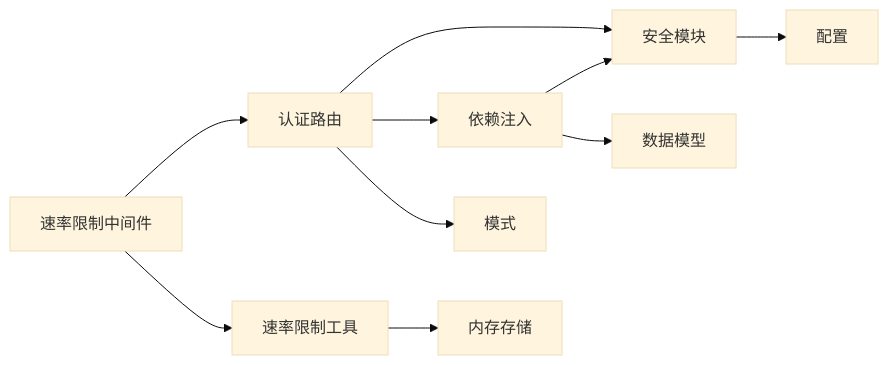
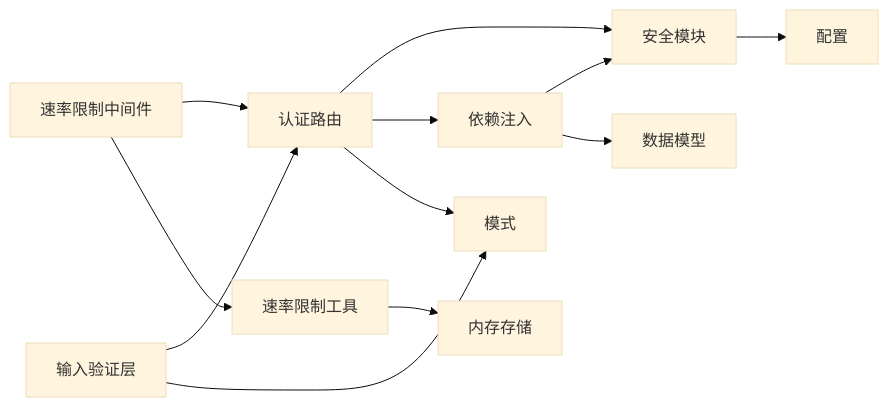
One commit to onebody/homework changed the eighth of 8 diagrams in .qoder/repowiki/zh/content/暑假作业打卡系统/后端服务架构/路由层设计/用户认证路由.md. Above: the diagram before and after it, drawn with Mermaid (base theme). The commit also changed other lines of this file and 28 other files, not shown here.

````diff
--- a/.qoder/repowiki/zh/content/暑假作业打卡系统/后端服务架构/路由层设计/用户认证路由.md
+++ b/.qoder/repowiki/zh/content/暑假作业打卡系统/后端服务架构/路由层设计/用户认证路由.md
@@ -387,12 +400,14 @@
 ```mermaid
 graph LR
 AuthRouter["认证路由"] --> Security["安全模块"]
 AuthRouter --> Deps["依赖注入"]
 Deps --> Security
 Deps --> Models["数据模型"]
 AuthRouter --> Schemas["模式"]
 Security --> Config["配置"]
 RateLimitMiddleware["速率限制中间件"] --> AuthRouter
 RateLimitMiddleware --> RateLimitUtils["速率限制工具"]
 RateLimitUtils --> MemoryStorage["内存存储"]
+InputValidation["输入验证层"] --> AuthRouter
+InputValidation --> Schemas
 ```
````
